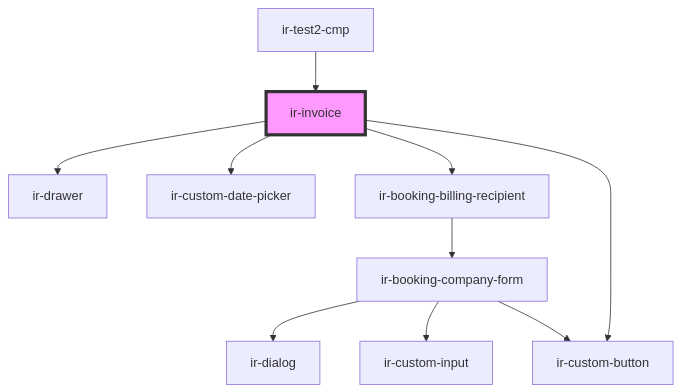
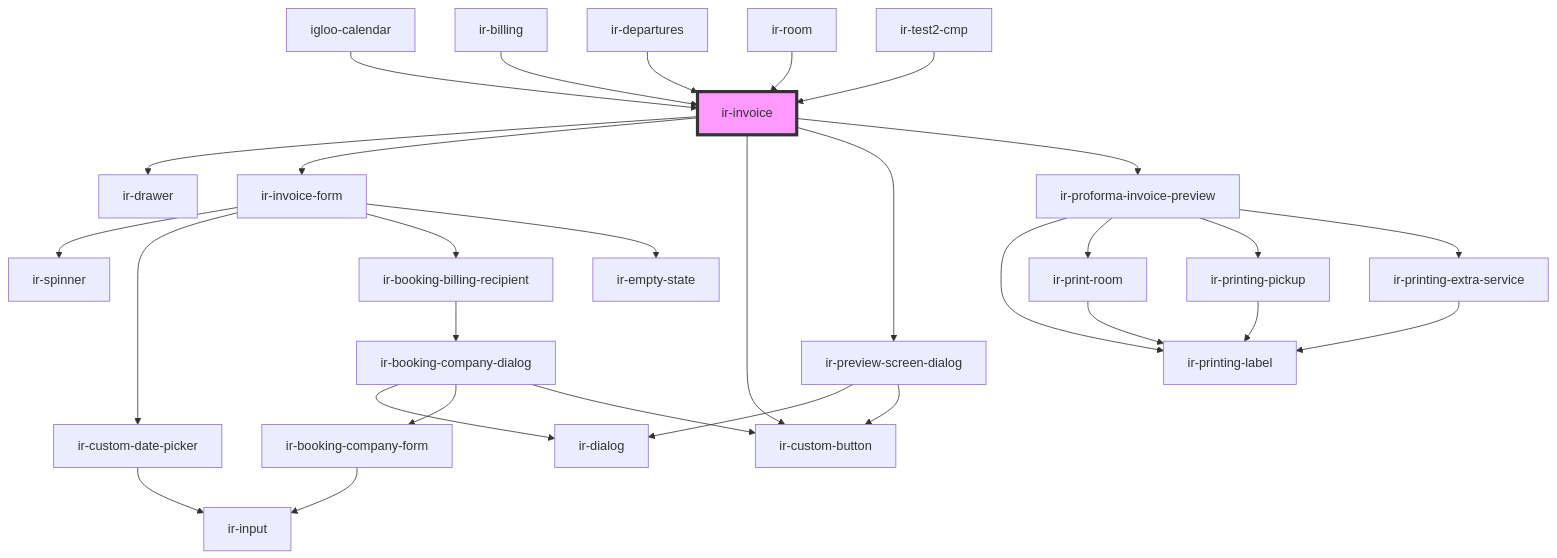
One commit to RonyRizk/ir-webcmp changed the diagram in src/components/ir-invoice/readme.md. Above: the diagram before and after it, drawn with Mermaid. The commit also changed other lines of this file and 433 other files, not shown here.

````diff
--- a/src/components/ir-invoice/readme.md
+++ b/src/components/ir-invoice/readme.md
@@ -77,13 +81,33 @@
 ```mermaid
 graph TD;
   ir-invoice --> ir-drawer
-  ir-invoice --> ir-custom-date-picker
-  ir-invoice --> ir-booking-billing-recipient
+  ir-invoice --> ir-invoice-form
   ir-invoice --> ir-custom-button
-  ir-booking-billing-recipient --> ir-booking-company-form
-  ir-booking-company-form --> ir-dialog
-  ir-booking-company-form --> ir-custom-input
-  ir-booking-company-form --> ir-custom-button
+  ir-invoice --> ir-preview-screen-dialog
+  ir-invoice --> ir-proforma-invoice-preview
+  ir-invoice-form --> ir-spinner
+  ir-invoice-form --> ir-custom-date-picker
+  ir-invoice-form --> ir-booking-billing-recipient
+  ir-invoice-form --> ir-empty-state
+  ir-custom-date-picker --> ir-input
+  ir-booking-billing-recipient --> ir-booking-company-dialog
+  ir-booking-company-dialog --> ir-dialog
+  ir-booking-company-dialog --> ir-booking-company-form
+  ir-booking-company-dialog --> ir-custom-button
+  ir-booking-company-form --> ir-input
+  ir-preview-screen-dialog --> ir-dialog
+  ir-preview-screen-dialog --> ir-custom-button
+  ir-proforma-invoice-preview --> ir-printing-label
+  ir-proforma-invoice-preview --> ir-print-room
+  ir-proforma-invoice-preview --> ir-printing-pickup
+  ir-proforma-invoice-preview --> ir-printing-extra-service
+  ir-print-room --> ir-printing-label
+  ir-printing-pickup --> ir-printing-label
+  ir-printing-extra-service --> ir-printing-label
+  igloo-calendar --> ir-invoice
+  ir-billing --> ir-invoice
+  ir-departures --> ir-invoice
+  ir-room --> ir-invoice
   ir-test2-cmp --> ir-invoice
   style ir-invoice fill:#f9f,stroke:#333,stroke-width:4px
 ```
````
